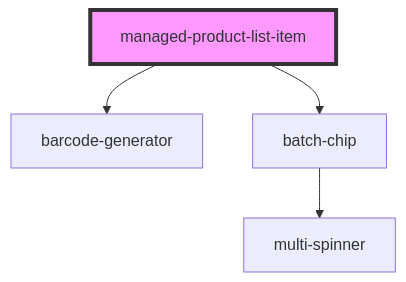
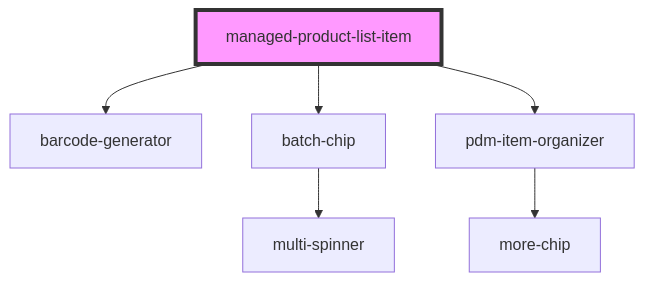
The diagram in pdm-web-components/src/components/managed-product-list-item/readme.md (PharmaLedger-IMI/fgt-workspace), drawn with Mermaid before and after one commit. The commit also changed other lines of this file and 13 other files, not shown here.

````diff
--- a/pdm-web-components/src/components/managed-product-list-item/readme.md
+++ b/pdm-web-components/src/components/managed-product-list-item/readme.md
@@ -44,7 +46,9 @@
 ```mermaid
 graph TD;
   managed-product-list-item --> barcode-generator
   managed-product-list-item --> batch-chip
+  managed-product-list-item --> pdm-item-organizer
   batch-chip --> multi-spinner
+  pdm-item-organizer --> more-chip
   style managed-product-list-item fill:#f9f,stroke:#333,stroke-width:4px
 ```
````
